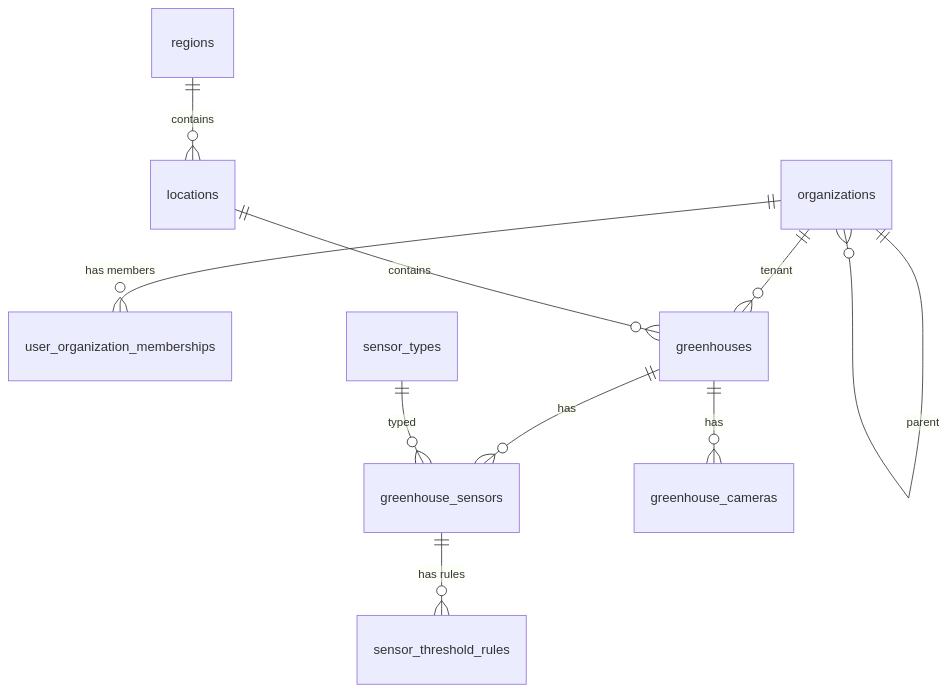
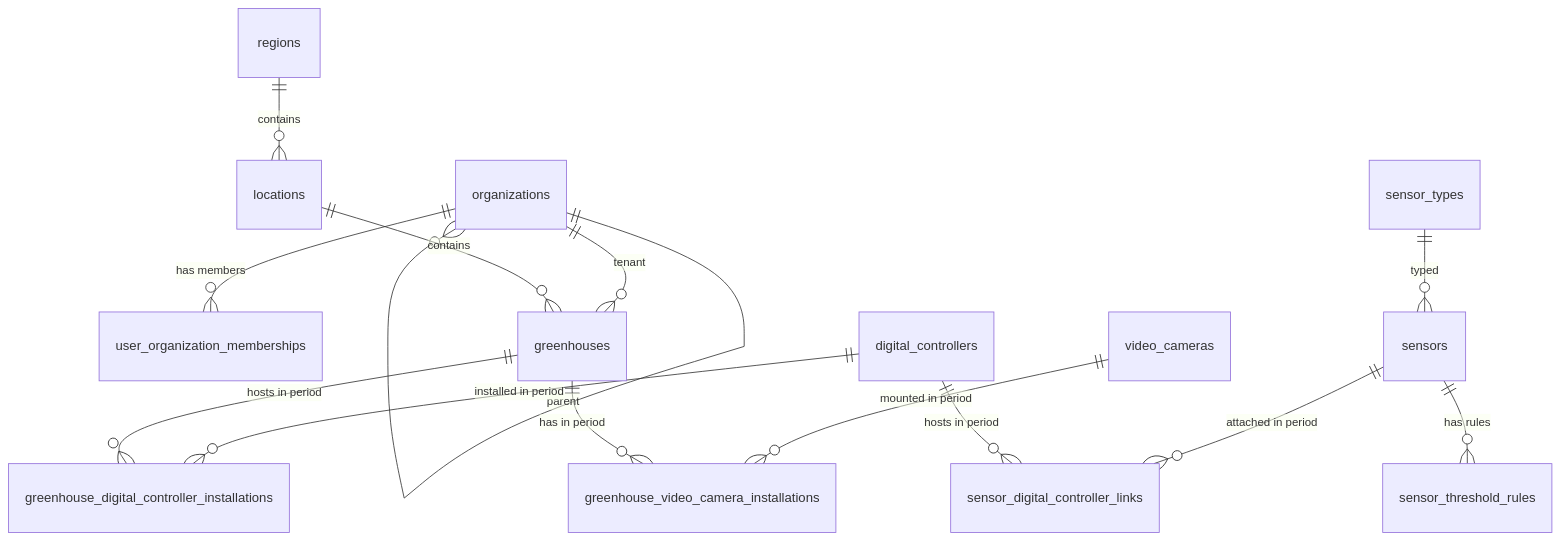
One commit to shishkinsa/greenhouse-monitoring changed the diagram in docs/architecture/diagram/data/cnt_gm_db/20-metadata-database-structure.md. Above: the diagram before and after it, drawn with Mermaid. The commit also changed other lines of this file and 30 other files, not shown here.

````diff
--- a/docs/architecture/diagram/data/cnt_gm_db/20-metadata-database-structure.md
+++ b/docs/architecture/diagram/data/cnt_gm_db/20-metadata-database-structure.md
@@ -33,12 +33,16 @@
 ```mermaid
 erDiagram
     organizations ||--o{ organizations : "parent"
     organizations ||--o{ user_organization_memberships : "has members"
     organizations ||--o{ greenhouses : "tenant"
     regions ||--o{ locations : "contains"
     locations ||--o{ greenhouses : "contains"
-    greenhouses ||--o{ greenhouse_sensors : "has"
-    sensor_types ||--o{ greenhouse_sensors : "typed"
-    greenhouses ||--o{ greenhouse_cameras : "has"
-    greenhouse_sensors ||--o{ sensor_threshold_rules : "has rules"
+    sensor_types ||--o{ sensors : "typed"
+    sensors ||--o{ sensor_digital_controller_links : "attached in period"
+    digital_controllers ||--o{ sensor_digital_controller_links : "hosts in period"
+    digital_controllers ||--o{ greenhouse_digital_controller_installations : "installed in period"
+    greenhouses ||--o{ greenhouse_digital_controller_installations : "hosts in period"
+    video_cameras ||--o{ greenhouse_video_camera_installations : "mounted in period"
+    greenhouses ||--o{ greenhouse_video_camera_installations : "has in period"
+    sensors ||--o{ sensor_threshold_rules : "has rules"
 ```
````
